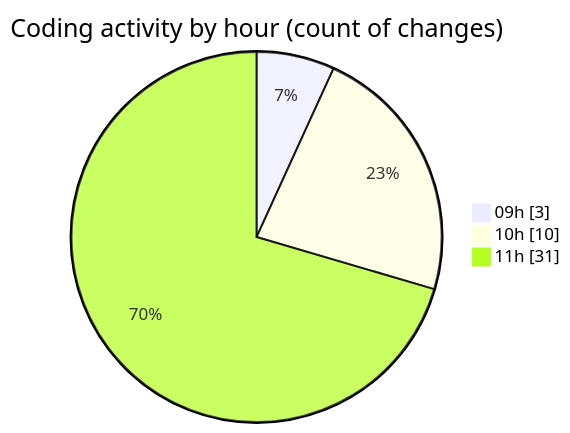
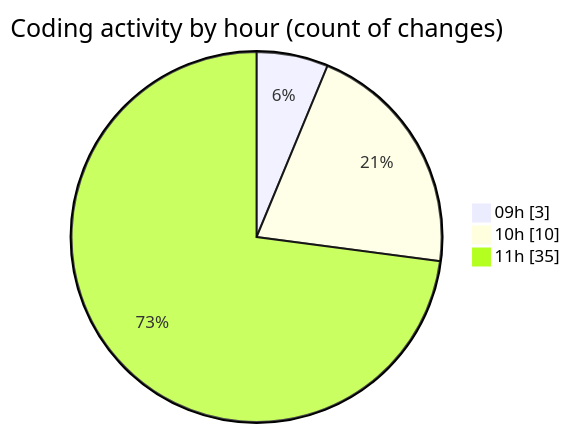
The second of 2 diagrams in 2026-01-22/cda/README.md (momahboobian/code-tracking), drawn with Mermaid before and after one commit. The commit also changed other lines of this file and 1 other file, not shown here.

````diff
--- a/2026-01-22/cda/README.md
+++ b/2026-01-22/cda/README.md
@@ -42,7 +43,7 @@
 ```mermaid
 pie showData
 title Coding activity by hour (count of changes)
 "09h" : 3
 "10h" : 10
-"11h" : 31
+"11h" : 35
 ```
````
